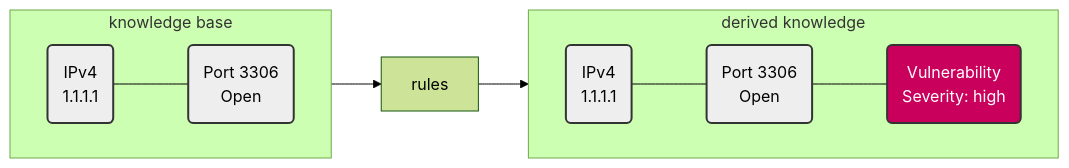
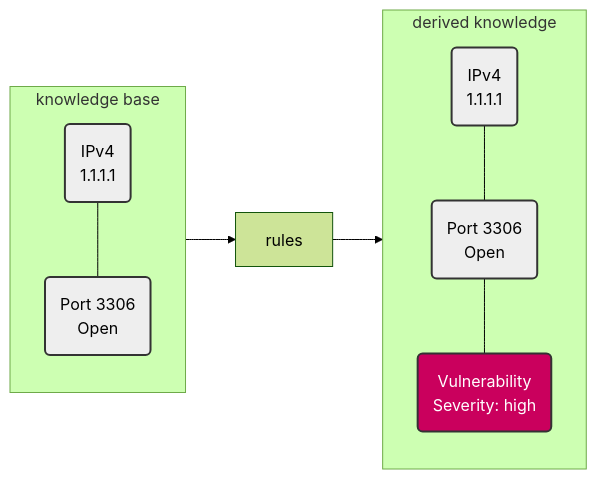
One commit to minvws/nl-kat-coordination changed the fifth of 6 diagrams in octopoes/docs/diagrams.md. Above: the diagram before and after it, drawn with Mermaid (forest theme).

Commit message:
docs(octopoes): diagrams

````diff
--- a/octopoes/docs/diagrams.md
+++ b/octopoes/docs/diagrams.md
@@ -79,27 +79,25 @@
 ```mermaid
 flowchart LR
 
   subgraph kb [knowledge base]
-    direction LR
     A("IPv4\n1.1.1.1")
     B("Port 3306\nOpen")
     
     A --- B
   end
   
   subgraph dk [derived knowledge]
-    direction LR
     C("IPv4\n1.1.1.1")
     D("Port 3306\nOpen")
     E("Vulnerability\nSeverity: high")
     
     C --- D --- E
   end
   
   kb --> rules --> dk
   
   classDef base fill:#eee,stroke:#333,stroke-width:2px;
   classDef derived fill:#ca005d,color:white,stroke:#333,stroke-width:2px;
   class A,B,C,D base
   class E derived
 ```
````
